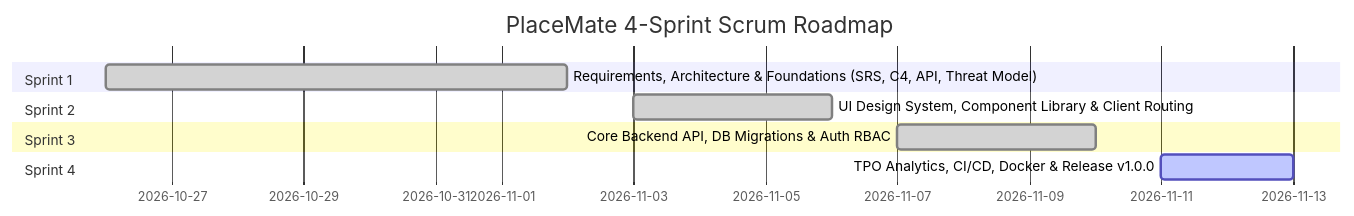
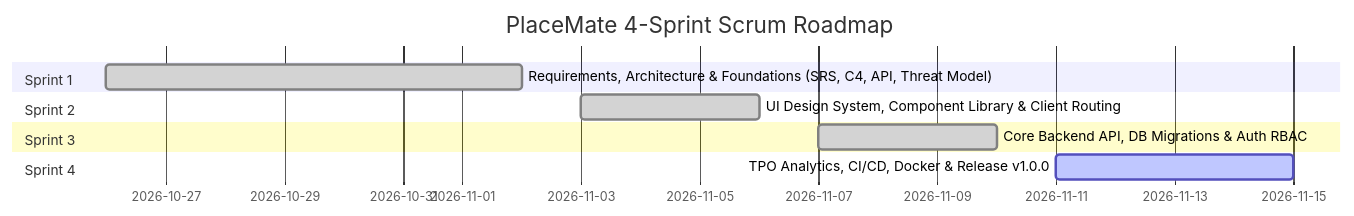
Before and after one commit to titas-mahato/placemate: the diagram in docs/scrum/sprints-execution.md, drawn with Mermaid. The commit also changed other lines of this file, not shown here.

Commit message:
release: record Sprint 4 retrospective and tag official v1.0.0 production release of PlaceMate

````diff
--- a/docs/scrum/sprints-execution.md
+++ b/docs/scrum/sprints-execution.md
@@ -12,13 +12,13 @@
 ```mermaid
 gantt
     title PlaceMate 4-Sprint Scrum Roadmap
     dateFormat  YYYY-MM-DD
     section Sprint 1
     Requirements, Architecture & Foundations (SRS, C4, API, Threat Model) :done, s1, 2026-10-26, 2026-11-02
     section Sprint 2
     UI Design System, Component Library & Client Routing                 :done, s2, 2026-11-03, 2026-11-06
     section Sprint 3
     Core Backend API, DB Migrations & Auth RBAC                          :done, s3, 2026-11-07, 2026-11-10
     section Sprint 4
-    TPO Analytics, CI/CD, Docker & Release v1.0.0                       :active, s4, 2026-11-11, 2026-11-13
+    TPO Analytics, CI/CD, Docker & Release v1.0.0                       :active, s4, 2026-11-11, 2026-11-15
 ```
````
